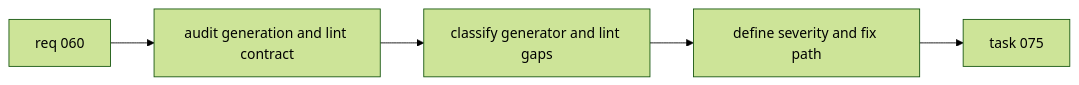
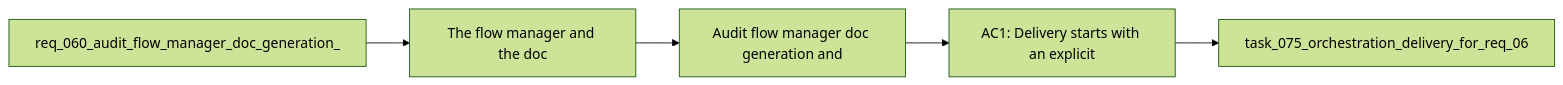
One commit to AlexAgo83/logics-manager changed the diagram in logics/backlog/item_072_audit_flow_manager_doc_generation_and_adjust_doc_linter_strictness.md. Above: the diagram before and after it, drawn with Mermaid (forest theme). The commit also changed other lines of this file and 481 other files, not shown here.

````diff
--- a/logics/backlog/item_072_audit_flow_manager_doc_generation_and_adjust_doc_linter_strictness.md
+++ b/logics/backlog/item_072_audit_flow_manager_doc_generation_and_adjust_doc_linter_strictness.md
@@ -31,8 +31,9 @@
 ```mermaid
+%% logics-kind: backlog
 %% logics-signature: backlog|audit-flow-manager-doc-generation-and-ad|req-060-audit-flow-manager-doc-generatio|the-flow-manager-and-the-doc|ac1-delivery-starts-with-an-explicit
 flowchart LR
-    Req[req 060] --> Audit[audit generation and lint contract]
-    Audit --> Classify[classify generator and lint gaps]
-    Classify --> Calibrate[define severity and fix path]
-    Calibrate --> Task[task 075]
+    Request[req_060_audit_flow_manager_doc_generation_] --> Problem[The flow manager and the doc]
+    Problem --> Scope[Audit flow manager doc generation and]
+    Scope --> Acceptance[AC1: Delivery starts with an explicit]
+    Acceptance --> Tasks[task_075_orchestration_delivery_for_req_06]
 ```
````
